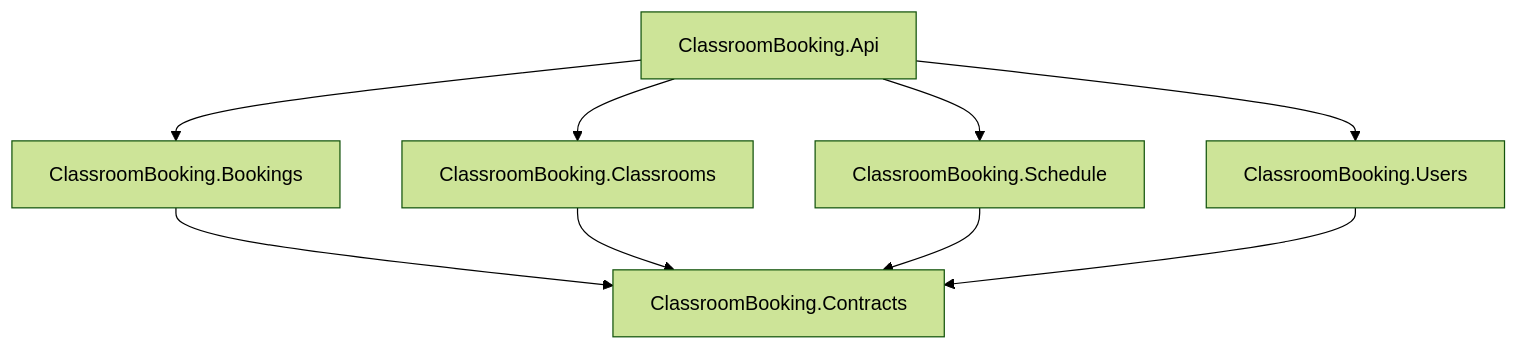
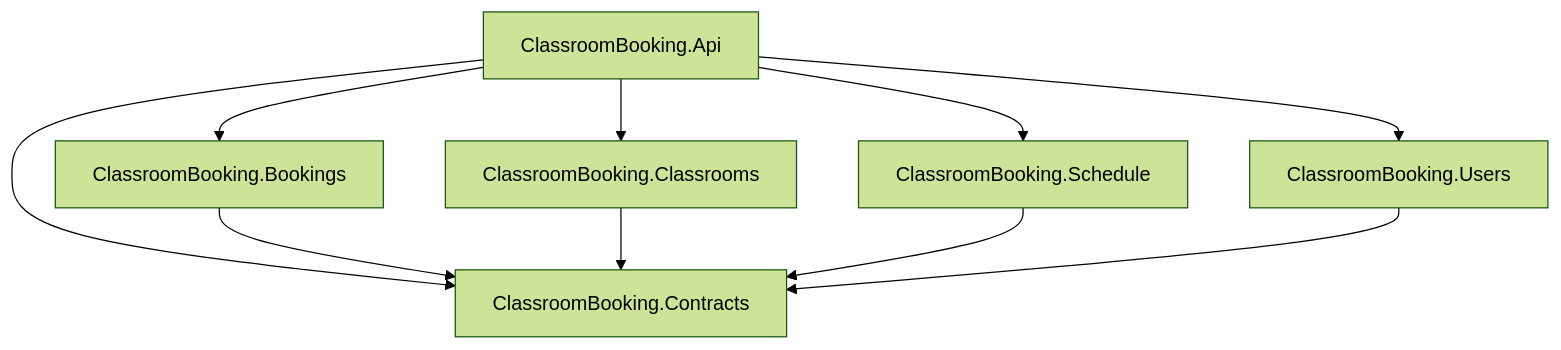
Before and after one commit to u-Kotovsky/classroom-booking-system: the diagram in docs/dependencies.md, drawn with Mermaid (forest theme). The commit also changed other lines of this file, not shown here.

````diff
--- a/docs/dependencies.md
+++ b/docs/dependencies.md
@@ -5,19 +5,20 @@
 ```mermaid
 graph TD
     Api[ClassroomBooking.Api]
     Bookings[ClassroomBooking.Bookings]
     Classrooms[ClassroomBooking.Classrooms]
     Schedule[ClassroomBooking.Schedule]
     Users[ClassroomBooking.Users]
     Contracts[ClassroomBooking.Contracts]
 
     Api --> Bookings
     Api --> Classrooms
     Api --> Schedule
     Api --> Users
+    Api --> Contracts
 
     Bookings --> Contracts
     Classrooms --> Contracts
     Schedule --> Contracts
     Users --> Contracts
 ```
````
